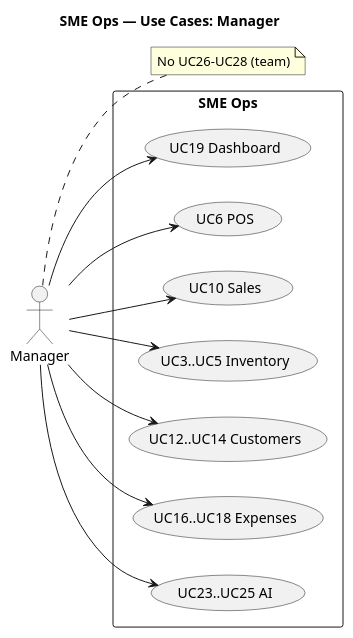
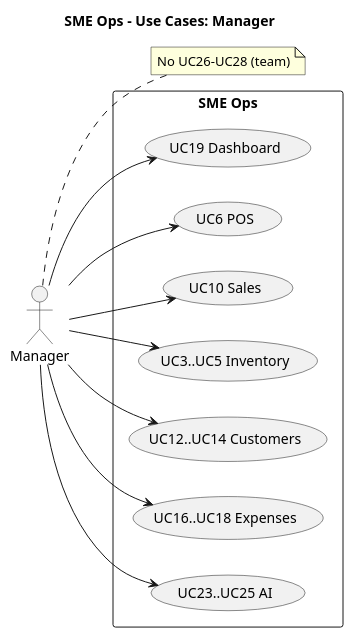
Before and after one commit to abel01dev/smeOps: the diagram in docs/RAD/diagrams/use-case/manager.puml, drawn with PlantUML. The commit also changed 4 other files, not shown here.

Commit message:
fix: PlantUML use-case diagrams (reserved alias manager, ASCII labels)

```diff
--- a/docs/RAD/diagrams/use-case/manager.puml
+++ b/docs/RAD/diagrams/use-case/manager.puml
@@ -1,29 +1,29 @@
 @startuml SME_Ops_Use_Case_Manager
-title SME Ops — Use Cases: Manager
+title SME Ops - Use Cases: Manager
 
 left to right direction
-actor Manager as manager
+actor Manager as mgr
 
 rectangle "SME Ops" {
   usecase "UC19 Dashboard" as UC19
   usecase "UC6 POS" as UC6
   usecase "UC10 Sales" as UC10
   usecase "UC3..UC5 Inventory" as UCINV
   usecase "UC12..UC14 Customers" as UCCUST
   usecase "UC16..UC18 Expenses" as UCEXP
   usecase "UC23..UC25 AI" as UCAI
 }
 
-manager --> UC19
-manager --> UC6
-manager --> UC10
-manager --> UCINV
-manager --> UCCUST
-manager --> UCEXP
-manager --> UCAI
+mgr --> UC19
+mgr --> UC6
+mgr --> UC10
+mgr --> UCINV
+mgr --> UCCUST
+mgr --> UCEXP
+mgr --> UCAI
 
-note right of manager
-  No UC26–UC28 (team)
+note right of mgr
+  No UC26-UC28 (team)
 end note
 
 @enduml
```
